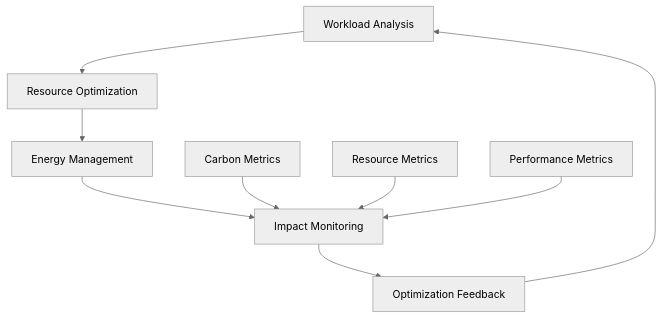
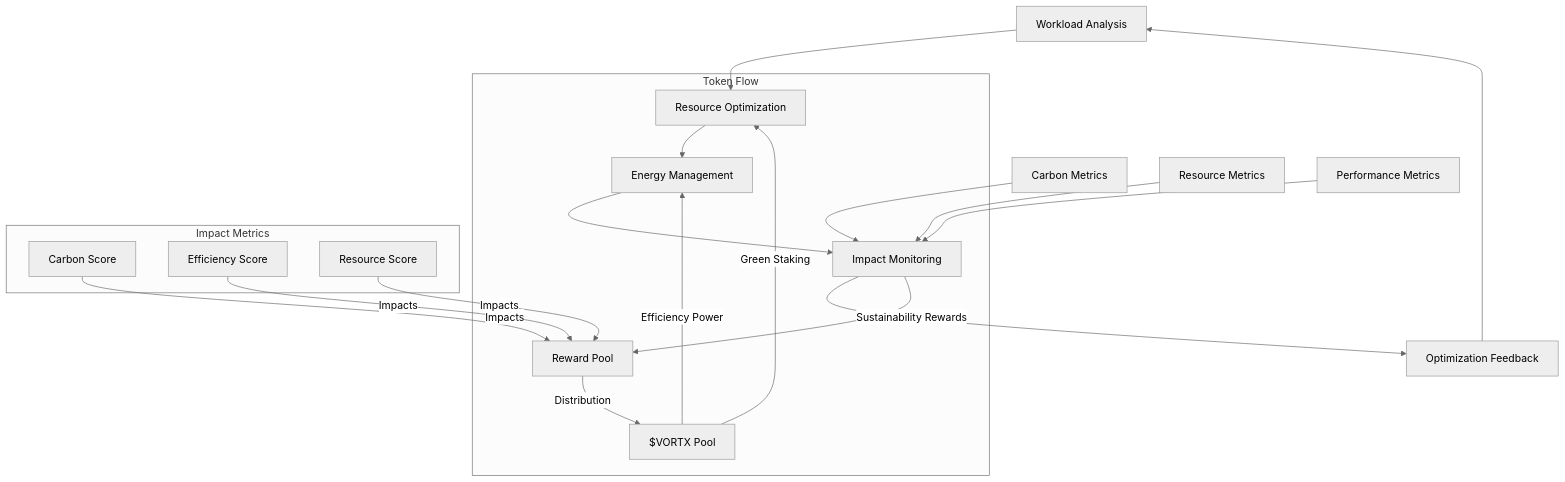
Before and after one commit to Vortx-AI/synthetic-satellite: the first of 3 diagrams in docs/whitepapers/sustainable-computing.md, drawn with Mermaid (neutral theme). The commit also changed other lines of this file and 3 other files, not shown here.

````diff
--- a/docs/whitepapers/sustainable-computing.md
+++ b/docs/whitepapers/sustainable-computing.md
@@ -37,12 +39,25 @@
 ```mermaid
 graph TD
     A[Workload Analysis] --> B[Resource Optimization]
     B --> C[Energy Management]
     C --> D[Impact Monitoring]
     D --> E[Optimization Feedback]
     E --> A
     
     F[Carbon Metrics] --> D
     G[Resource Metrics] --> D
     H[Performance Metrics] --> D
+
+    subgraph Token Flow
+        T1[$VORTX Pool] -->|Green Staking| B
+        T1 -->|Efficiency Power| C
+        D -->|Sustainability Rewards| T2[Reward Pool]
+        T2 -->|Distribution| T1
+    end
+
+    subgraph Impact Metrics
+        I1[Carbon Score] -->|Impacts| T2
+        I2[Efficiency Score] -->|Impacts| T2
+        I3[Resource Score] -->|Impacts| T2
+    end
 ```
````
